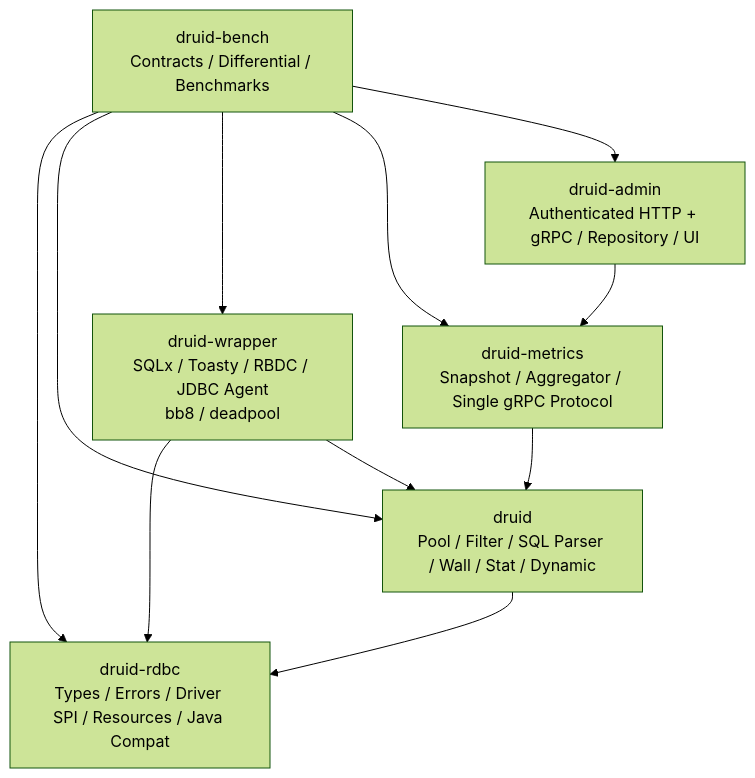
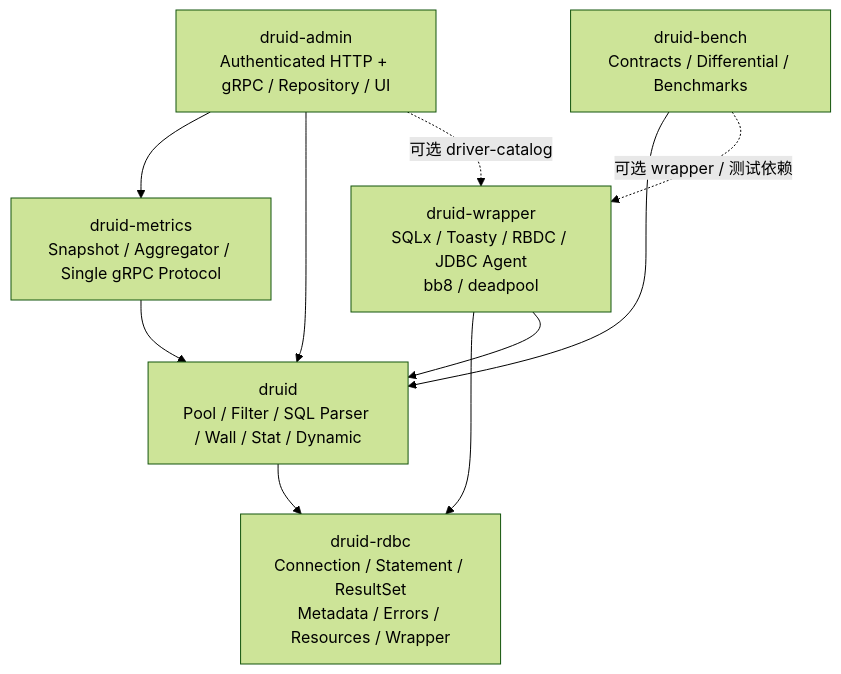
Before and after one commit to easy-4-rust/druid-rust: the first of 7 diagrams in docs/druid-rust-Architecture.zh_CN.md, drawn with Mermaid (forest theme). The commit also changed other lines of this file and 1384 other files, not shown here.

````diff
--- a/docs/druid-rust-Architecture.zh_CN.md
+++ b/docs/druid-rust-Architecture.zh_CN.md
@@ -71,20 +81,19 @@
 ```mermaid
 flowchart TB
-    RDBC["druid-rdbc<br/>Types / Errors / Driver SPI / Resources / Java Compat"]
+    RDBC["druid-rdbc<br/>Connection / Statement / ResultSet<br/>Metadata / Errors / Resources / Wrapper"]
     Druid["druid<br/>Pool / Filter / SQL Parser / Wall / Stat / Dynamic"]
     Wrapper["druid-wrapper<br/>SQLx / Toasty / RBDC / JDBC Agent<br/>bb8 / deadpool"]
     Metrics["druid-metrics<br/>Snapshot / Aggregator / Single gRPC Protocol"]
     Admin["druid-admin<br/>Authenticated HTTP + gRPC / Repository / UI"]
     Bench["druid-bench<br/>Contracts / Differential / Benchmarks"]
 
     Druid --> RDBC
     Wrapper --> RDBC
     Wrapper --> Druid
     Metrics --> Druid
     Admin --> Metrics
-    Bench --> RDBC
+    Admin --> Druid
+    Admin -. "可选 driver-catalog" .-> Wrapper
     Bench --> Druid
-    Bench --> Wrapper
-    Bench --> Metrics
-    Bench --> Admin
+    Bench -. "可选 wrapper / 测试依赖" .-> Wrapper
 ```
````
